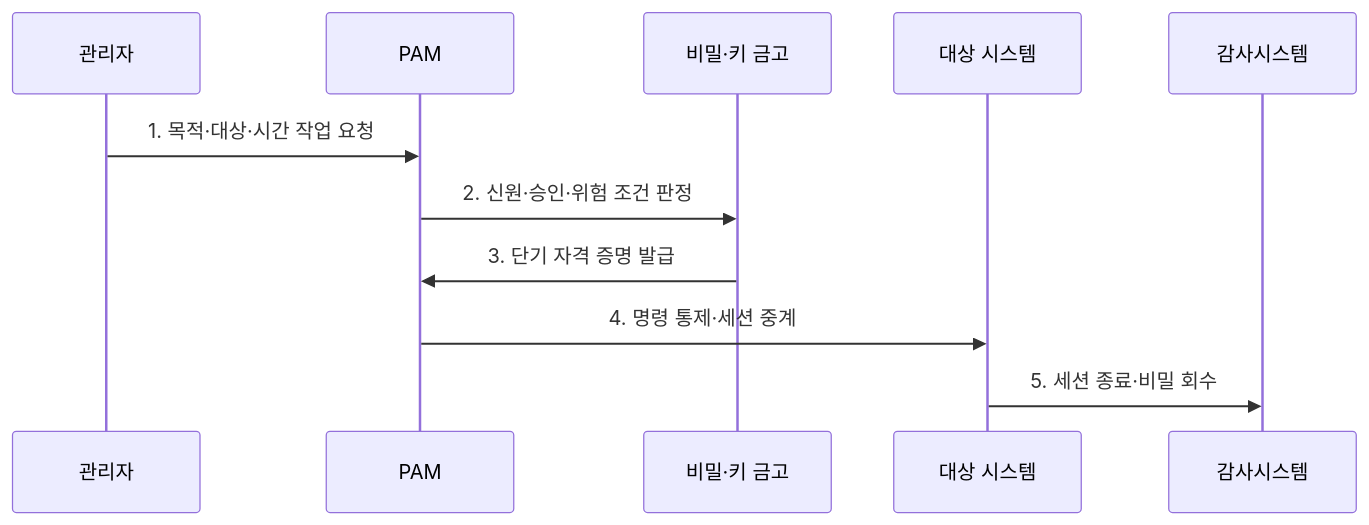
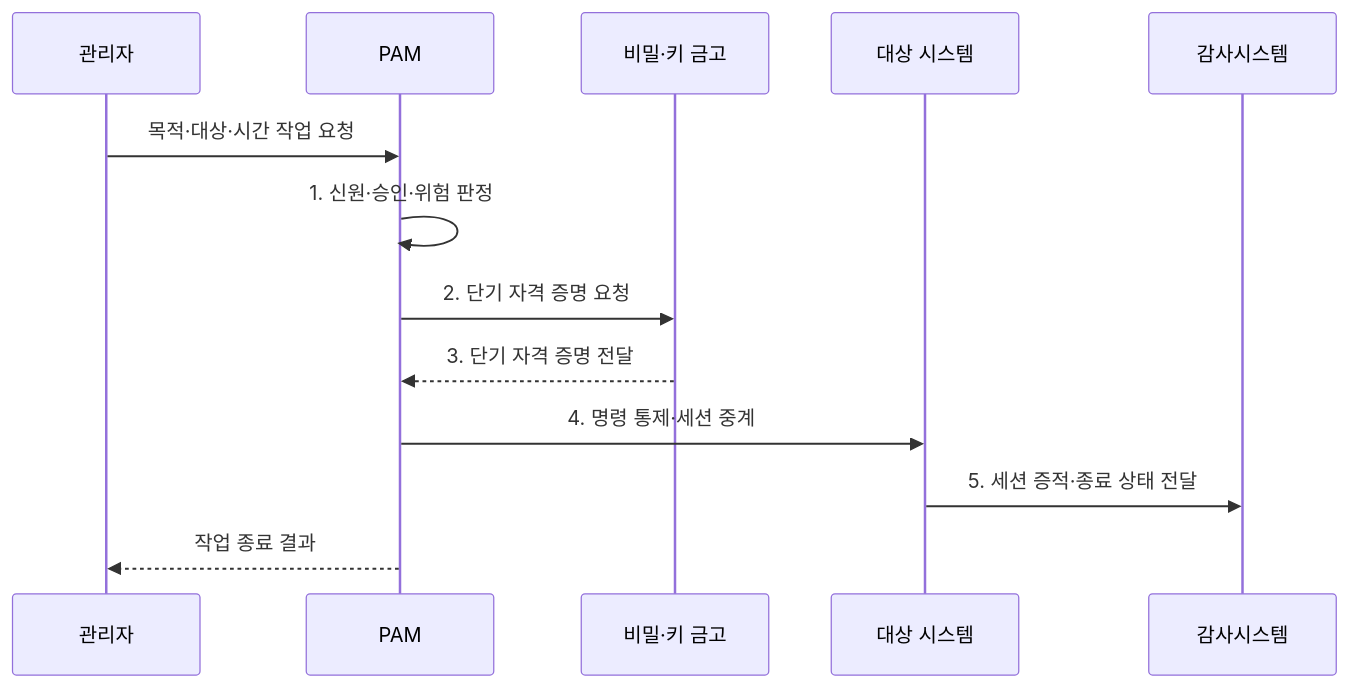
One commit to agnusdei1207/knowledge-base changed the second of 2 diagrams in src/content/docs/notes/05-security/062_pam.md. Above: the diagram before and after it, drawn with Mermaid. The commit also changed other lines of this file and 20 other files, not shown here.

````diff
--- a/src/content/docs/notes/05-security/062_pam.md
+++ b/src/content/docs/notes/05-security/062_pam.md
@@ -88,13 +88,15 @@
 ```mermaid
 sequenceDiagram
     participant A as 관리자
     participant P as PAM
     participant V as 비밀·키 금고
     participant S as 대상 시스템
     participant 감사시스템
-    A->>P: 1. 목적·대상·시간 작업 요청
-    P->>V: 2. 신원·승인·위험 조건 판정
-    V->>P: 3. 단기 자격 증명 발급
+    A->>P: 목적·대상·시간 작업 요청
+    P->>P: 1. 신원·승인·위험 판정
+    P->>V: 2. 단기 자격 증명 요청
+    V-->>P: 3. 단기 자격 증명 전달
     P->>S: 4. 명령 통제·세션 중계
-    S->>감사시스템: 5. 세션 종료·비밀 회수
+    S->>감사시스템: 5. 세션 증적·종료 상태 전달
+    P-->>A: 작업 종료 결과
 ```
````
